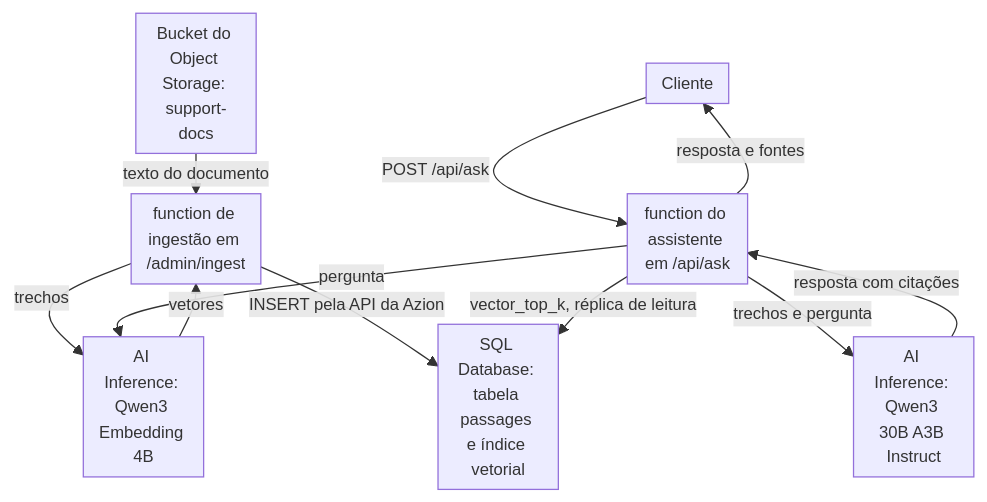
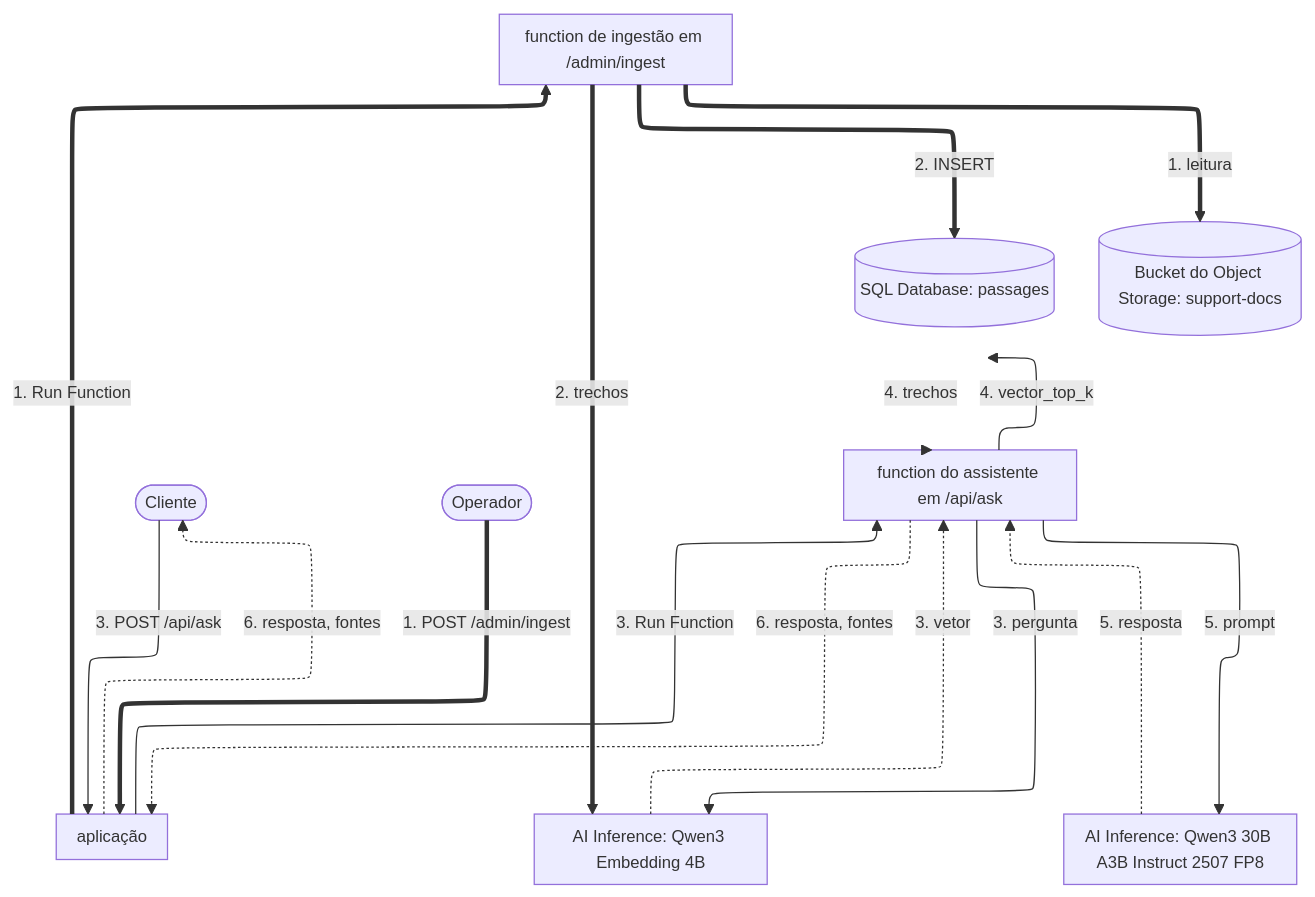
The diagram in apps/docs/src/content/docs/pt-br/pages/casos-de-uso/construir-e-executar-workloads-de-ai/criar-e-executar-assistentes-de-ia-para-suporte-ao-cliente.mdx (aziontech/docs), drawn with Mermaid before and after one commit. The commit also changed other lines of this file and 55 other files, not shown here.

Commit message:
docs(use-cases): redraw the use-case diagrams with the way back and check their claims (#2509)

````diff
--- a/apps/docs/src/content/docs/pt-br/pages/casos-de-uso/construir-e-executar-workloads-de-ai/criar-e-executar-assistentes-de-ia-para-suporte-ao-cliente.mdx
+++ b/apps/docs/src/content/docs/pt-br/pages/casos-de-uso/construir-e-executar-workloads-de-ai/criar-e-executar-assistentes-de-ia-para-suporte-ao-cliente.mdx
@@ -42,14 +44,28 @@
 ```mermaid
-%%{init: {"layout": "dagre", "themeVariables": {"fontSize": "13px"}, "flowchart": {"nodeSpacing": 12, "rankSpacing": 12, "padding": 6, "wrappingWidth": 70, "minNodeWidth": 40, "useMaxWidth": true}}}%%
+%%{init: {"layout": "elk", "elk": {"preset": "modelOrder", "keepEntryNodeOnTop": true, "cycleBreakingStrategy": "MODEL_ORDER"}, "themeVariables": {"fontSize": "13px"}, "flowchart": {"nodeSpacing": 24, "rankSpacing": 36, "padding": 8, "wrappingWidth": 150, "useMaxWidth": true}, "sequence": {"width": 120, "actorMargin": 30, "useMaxWidth": true}}}%%
 flowchart TD
-  Bucket["Bucket do Object Storage: support-docs"] -->|"texto do documento"| Ingest["function de ingestão em /admin/ingest"]
-  Ingest -->|"trechos"| Embed["AI Inference: Qwen3 Embedding 4B"]
-  Embed -->|"vetores"| Ingest
-  Ingest -->|"INSERT pela API da Azion"| DB["SQL Database: tabela passages e índice vetorial"]
-  Customer["Cliente"] -->|"POST /api/ask"| Assist["function do assistente em /api/ask"]
-  Assist -->|"pergunta"| Embed
-  Assist -->|"vector_top_k, réplica de leitura"| DB
-  Assist -->|"trechos e pergunta"| Chat["AI Inference: Qwen3 30B A3B Instruct"]
-  Chat -->|"resposta com citações"| Assist
-  Assist -->|"resposta e fontes"| Customer
+  Customer(["Cliente"])
+  Operator(["Operador"])
+  App["aplicação"]
+  Assist["function do assistente em /api/ask"]
+  Ingest["function de ingestão em /admin/ingest"]
+  Embed["AI Inference: Qwen3 Embedding 4B"]
+  DB[("SQL Database: passages")]
+  Chat["AI Inference: Qwen3 30B A3B Instruct 2507 FP8"]
+  Bucket[("Bucket do Object Storage: support-docs")]
+  Customer -->|"3. POST /api/ask"| App
+  App -->|"3. Run Function"| Assist
+  Assist -->|"3. pergunta"| Embed
+  Assist -->|"4. vector_top_k"| DB
+  Assist -->|"5. prompt"| Chat
+  Embed -.->|"3. vetor"| Assist
+  DB -.->|"4. trechos"| Assist
+  Chat -.->|"5. resposta"| Assist
+  Assist -.->|"6. resposta, fontes"| App
+  App -.->|"6. resposta, fontes"| Customer
+  Operator ==>|"1. POST /admin/ingest"| App
+  App ==>|"1. Run Function"| Ingest
+  Ingest ==>|"1. leitura"| Bucket
+  Ingest ==>|"2. trechos"| Embed
+  Ingest ==>|"2. INSERT"| DB
 ```
````
